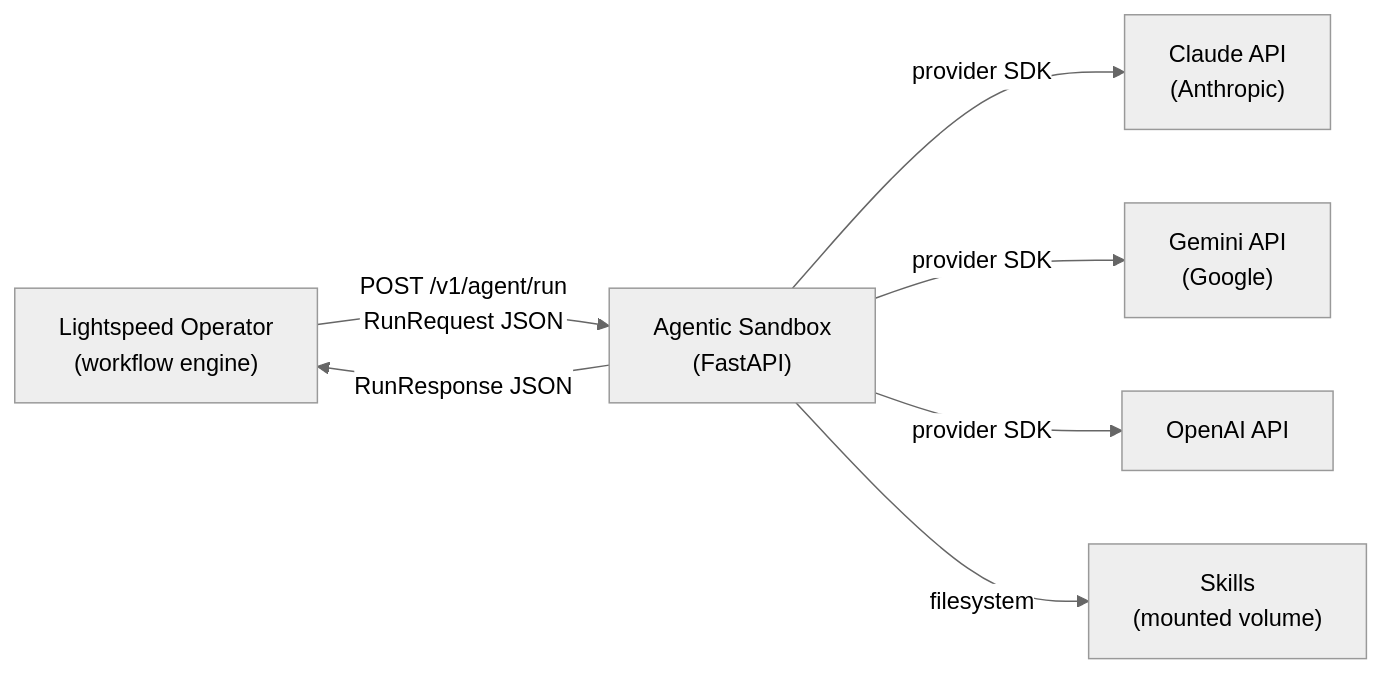
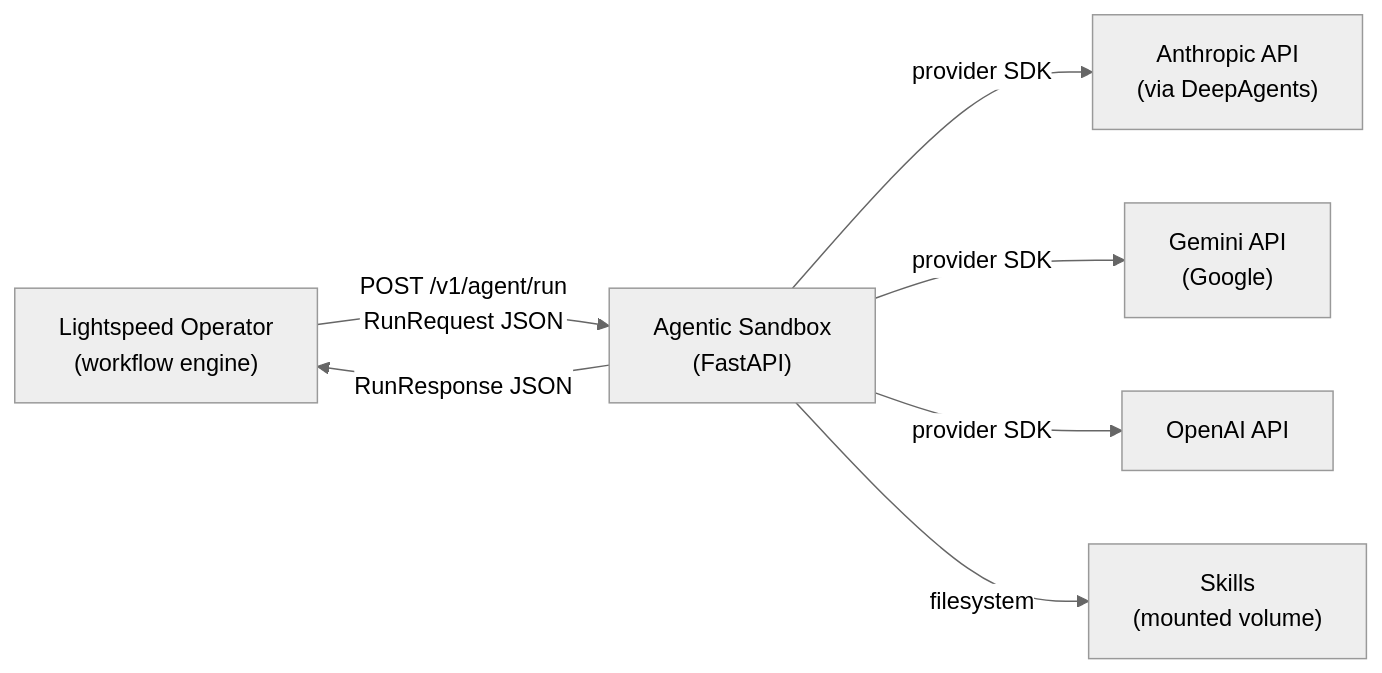
One commit to raptorsun/lightspeed-agentic-sandbox changed the first of 4 diagrams in ARCHITECTURE.md. Above: the diagram before and after it, drawn with Mermaid (neutral theme). The commit also changed other lines of this file and 25 other files, not shown here.

````diff
--- a/ARCHITECTURE.md
+++ b/ARCHITECTURE.md
@@ -9,16 +9,16 @@
 ```mermaid
 graph LR
     Operator["Lightspeed Operator<br/>(workflow engine)"]
     Sandbox["Agentic Sandbox<br/>(FastAPI)"]
-    Claude["Claude API<br/>(Anthropic)"]
+    Anthropic["Anthropic API<br/>(via DeepAgents)"]
     Gemini["Gemini API<br/>(Google)"]
     OpenAI["OpenAI API"]
     Skills["Skills<br/>(mounted volume)"]
 
     Operator -->|"POST /v1/agent/run<br/>RunRequest JSON"| Sandbox
     Sandbox -->|RunResponse JSON| Operator
-    Sandbox -->|provider SDK| Claude
+    Sandbox -->|provider SDK| Anthropic
     Sandbox -->|provider SDK| Gemini
     Sandbox -->|provider SDK| OpenAI
     Sandbox -->|filesystem| Skills
 ```
````
